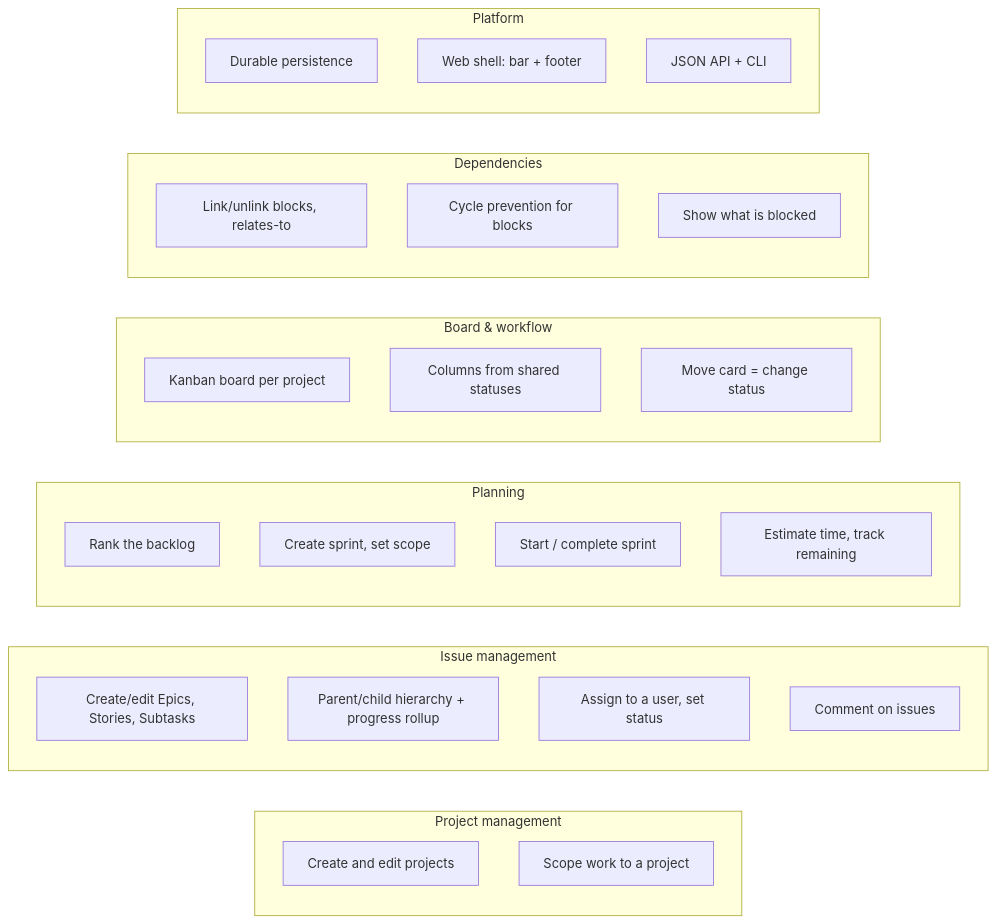
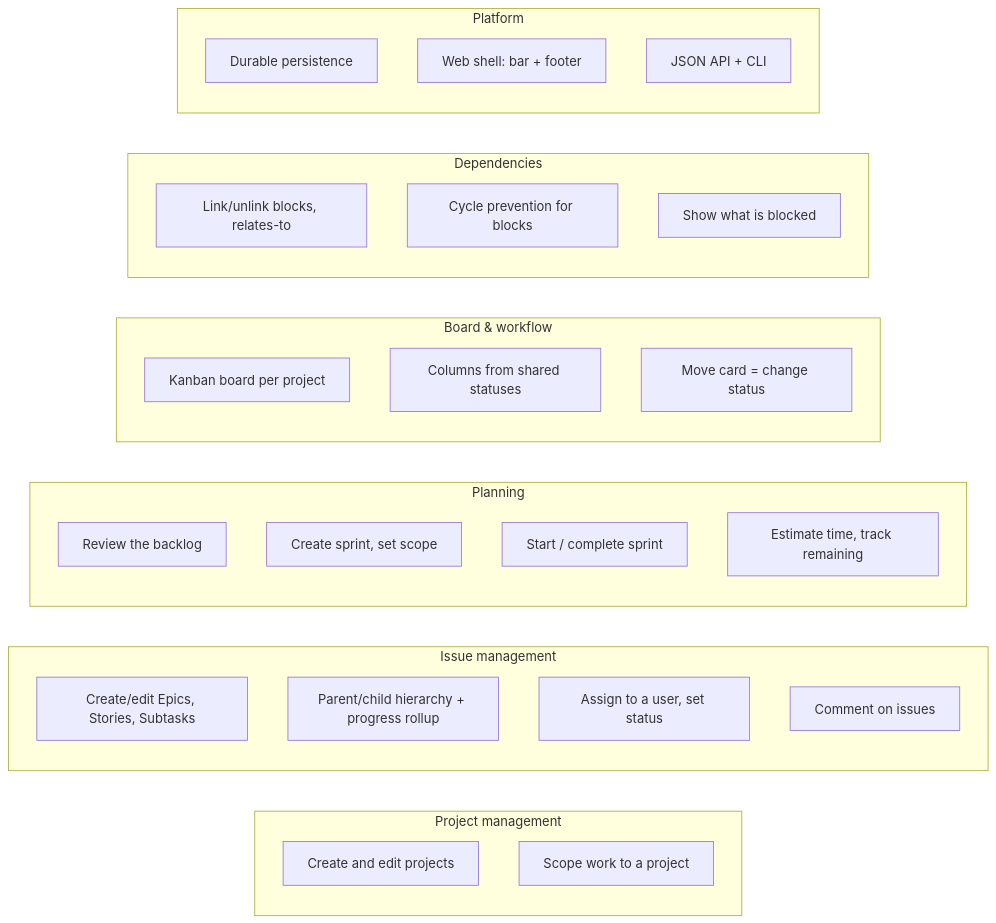
One commit to Mathotics/Keel changed the diagram in docs/architecture/capabilities.md. Above: the diagram before and after it, drawn with Mermaid. The commit also changed other lines of this file and 23 other files, not shown here.

````diff
--- a/docs/architecture/capabilities.md
+++ b/docs/architecture/capabilities.md
@@ -5,34 +5,34 @@
 ```mermaid
 flowchart LR
   subgraph Proj["Project management"]
     p1[Create and edit projects]
     p2[Scope work to a project]
   end
   subgraph Issue["Issue management"]
     a1[Create/edit Epics, Stories, Subtasks]
     a2[Parent/child hierarchy + progress rollup]
     a3[Assign to a user, set status]
     a4[Comment on issues]
   end
   subgraph Plan["Planning"]
-    b1[Rank the backlog]
+    b1[Review the backlog]
     b2[Create sprint, set scope]
     b3[Start / complete sprint]
     b4[Estimate time, track remaining]
   end
   subgraph Board["Board & workflow"]
     c1[Kanban board per project]
     c2[Columns from shared statuses]
     c3[Move card = change status]
   end
   subgraph Dep["Dependencies"]
     d1[Link/unlink blocks, relates-to]
     d2[Cycle prevention for blocks]
     d3[Show what is blocked]
   end
   subgraph Plat["Platform"]
     e1[Durable persistence]
     e2[Web shell: bar + footer]
     e3[JSON API + CLI]
   end
 ```
````
